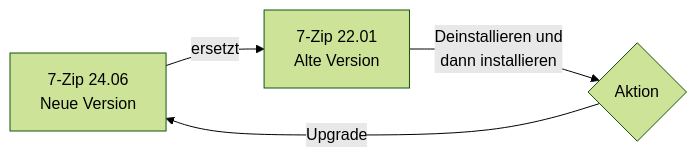
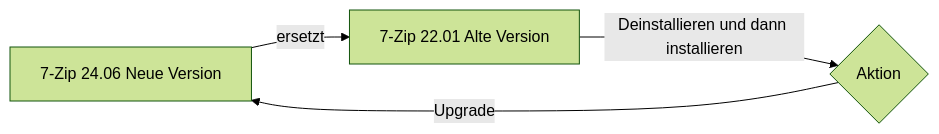
One commit to SoniiiT/notes-n-docs changed the first of 5 diagrams in Microsoft 365/System Center/MECM Software Deployment.md. Above: the diagram before and after it, drawn with Mermaid (forest theme). The commit also changed other lines of this file and 124 other files, not shown here.

First line of the commit message:
fix: Entferne \n aus allen Mermaid-Diagrammen (125 Dateien)

````diff
--- a/Microsoft 365/System Center/MECM Software Deployment.md
+++ b/Microsoft 365/System Center/MECM Software Deployment.md
@@ -101,6 +101,6 @@
 ```mermaid
 graph LR
-    NEW[7-Zip 24.06\nNeue Version] -->|ersetzt| OLD[7-Zip 22.01\nAlte Version]
-    OLD -->|Deinstallieren und\ndann installieren| ACTION{Aktion}
+    NEW[7-Zip 24.06 Neue Version] -->|ersetzt| OLD[7-Zip 22.01 Alte Version]
+    OLD -->|Deinstallieren und dann installieren| ACTION{Aktion}
     ACTION -->|Upgrade| NEW
 ```
````
